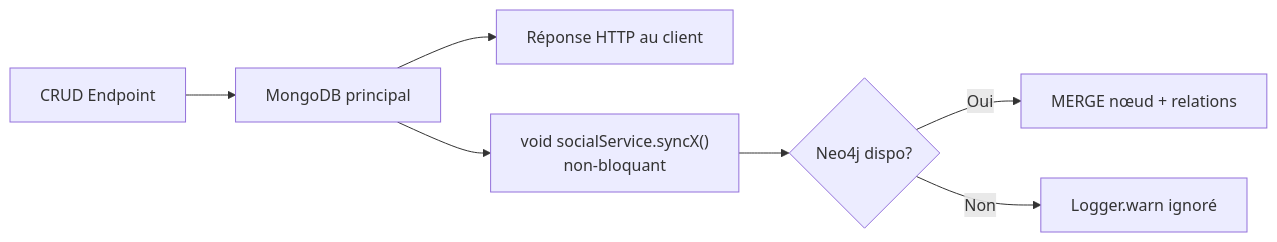
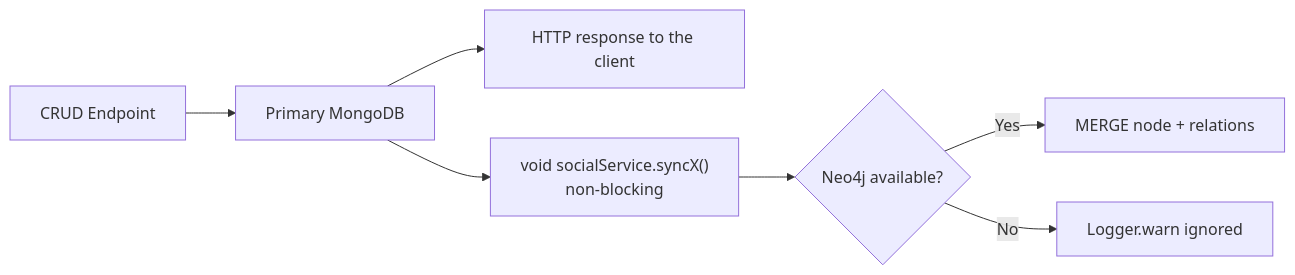
The tenth of 13 diagrams in docs/RAPPORT-TECHNIQUE.md (creibaud/QuartierConnect), drawn with Mermaid before and after one commit. The commit also changed other lines of this file and 155 other files, not shown here.

````diff
--- a/docs/RAPPORT-TECHNIQUE.md
+++ b/docs/RAPPORT-TECHNIQUE.md
@@ -616,9 +616,9 @@
 ```mermaid
 flowchart LR
-    A[CRUD Endpoint] --> B[MongoDB principal]
-    B --> C[Réponse HTTP au client]
-    B --> D["void socialService.syncX()<br/>non-bloquant"]
-    D --> E{Neo4j dispo?}
-    E -->|Oui| F[MERGE nœud + relations]
-    E -->|Non| G[Logger.warn ignoré]
+    A[CRUD Endpoint] --> B[Primary MongoDB]
+    B --> C[HTTP response to the client]
+    B --> D["void socialService.syncX()<br/>non-blocking"]
+    D --> E{Neo4j available?}
+    E -->|Yes| F[MERGE node + relations]
+    E -->|No| G[Logger.warn ignored]
 ```
````
